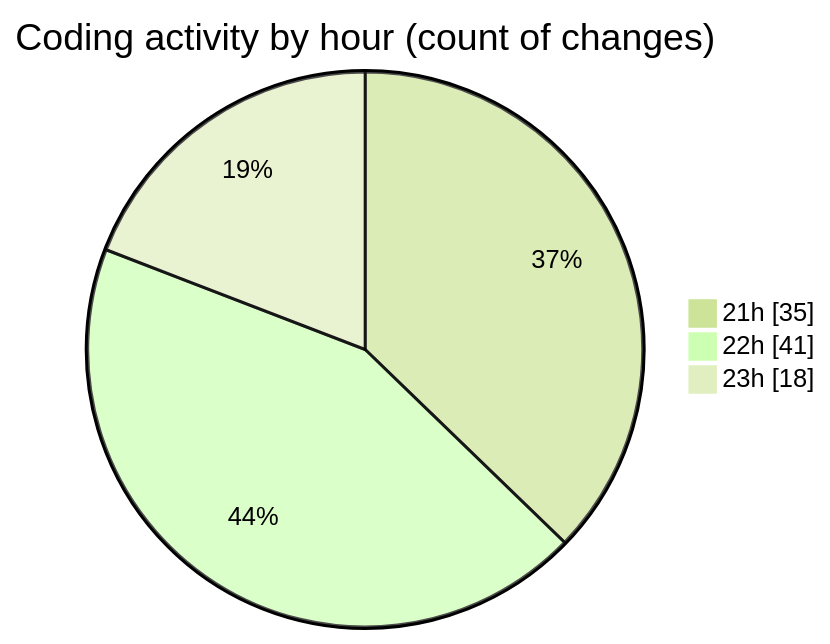
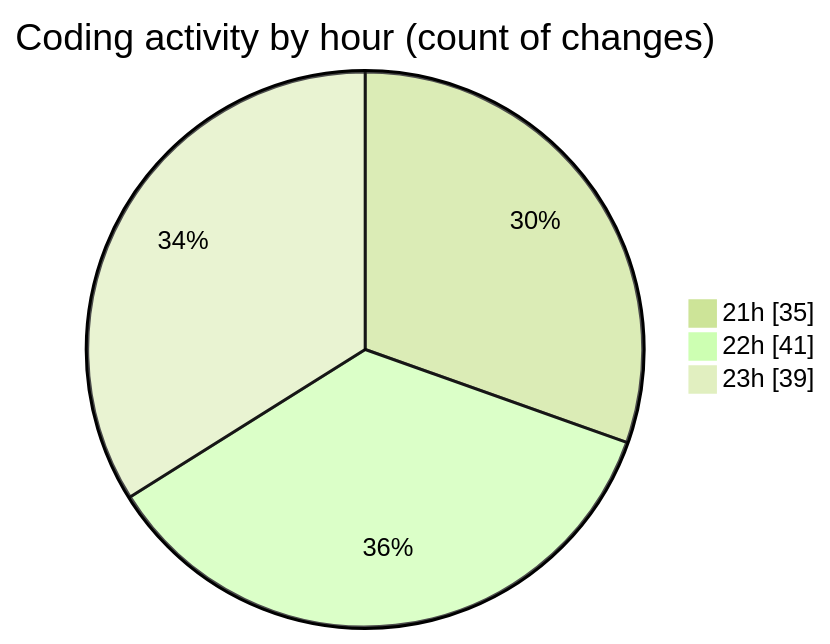
One commit to Ritupan-Deka/code-tracking changed the second of 2 diagrams in 2025-01-19/typing_game/README.md. Above: the diagram before and after it, drawn with Mermaid (forest theme). The commit also changed other lines of this file and 1 other file, not shown here.

````diff
--- a/2025-01-19/typing_game/README.md
+++ b/2025-01-19/typing_game/README.md
@@ -32,7 +32,7 @@
 ```mermaid
 pie showData
 title Coding activity by hour (count of changes)
 "21h" : 35
 "22h" : 41
-"23h" : 18
+"23h" : 39
 ```
````
